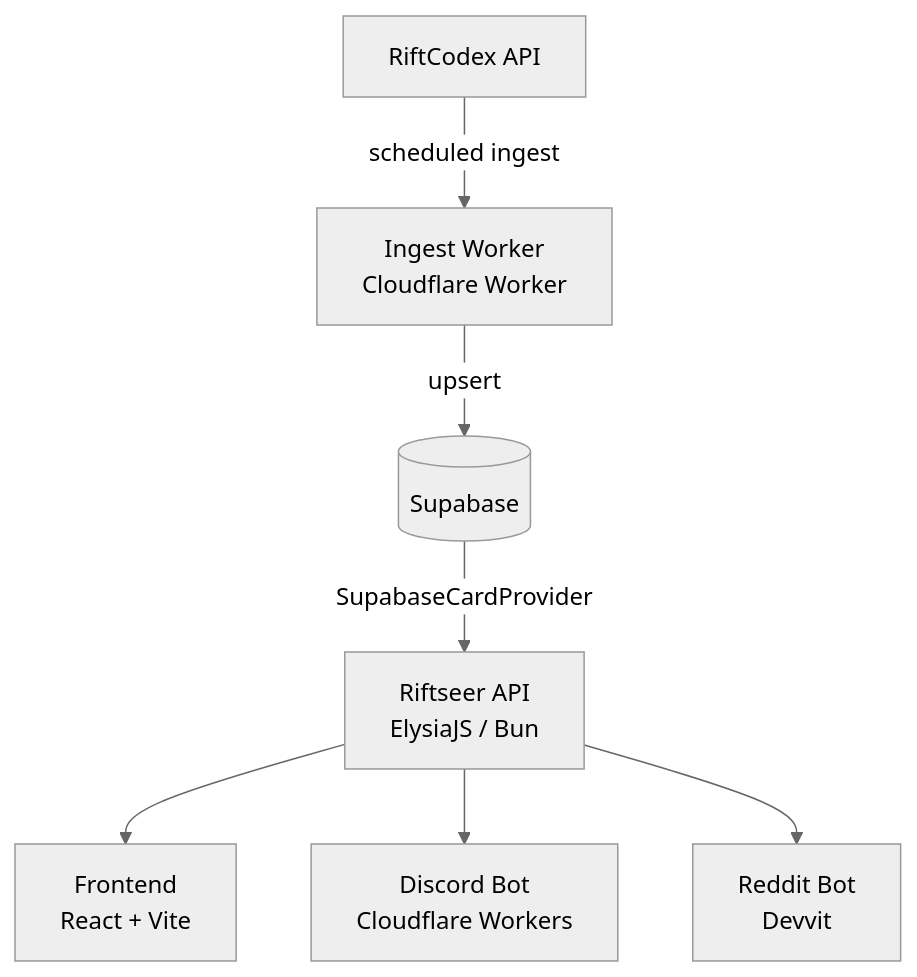
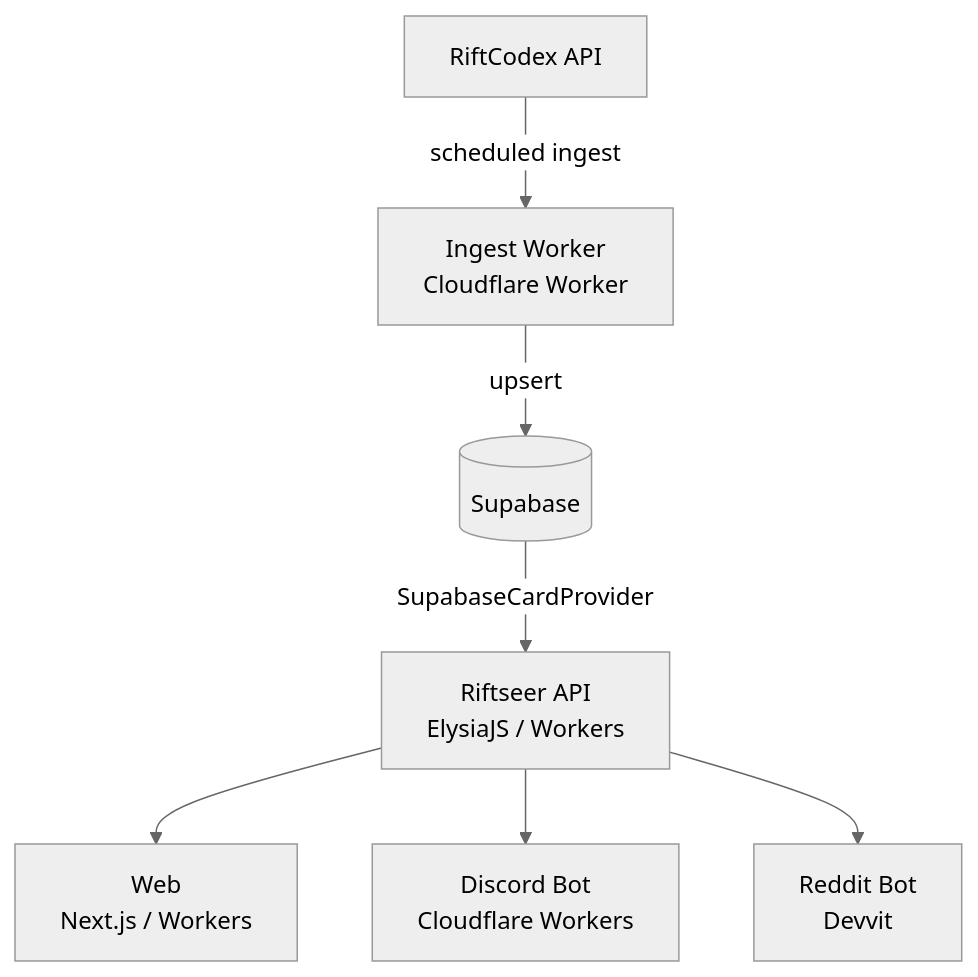
One commit to EggsLeggs/Riftseer changed the diagram in docs/doc-pages/getting-started/index.md. Above: the diagram before and after it, drawn with Mermaid (neutral theme). The commit also changed other lines of this file and 6 other files, not shown here.

````diff
--- a/docs/doc-pages/getting-started/index.md
+++ b/docs/doc-pages/getting-started/index.md
@@ -80,9 +81,9 @@
 ```mermaid
 graph TD
   RC[RiftCodex API] -->|scheduled ingest| IW[Ingest Worker<br/>Cloudflare Worker]
   IW -->|upsert| SB[(Supabase)]
-  SB -->|SupabaseCardProvider| API[Riftseer API<br/>ElysiaJS / Bun]
-  API --> FE[Frontend<br/>React + Vite]
+  SB -->|SupabaseCardProvider| API[Riftseer API<br/>ElysiaJS / Workers]
+  API --> WEB[Web<br/>Next.js / Workers]
   API --> DB[Discord Bot<br/>Cloudflare Workers]
   API --> RB[Reddit Bot<br/>Devvit]
 ```
````
